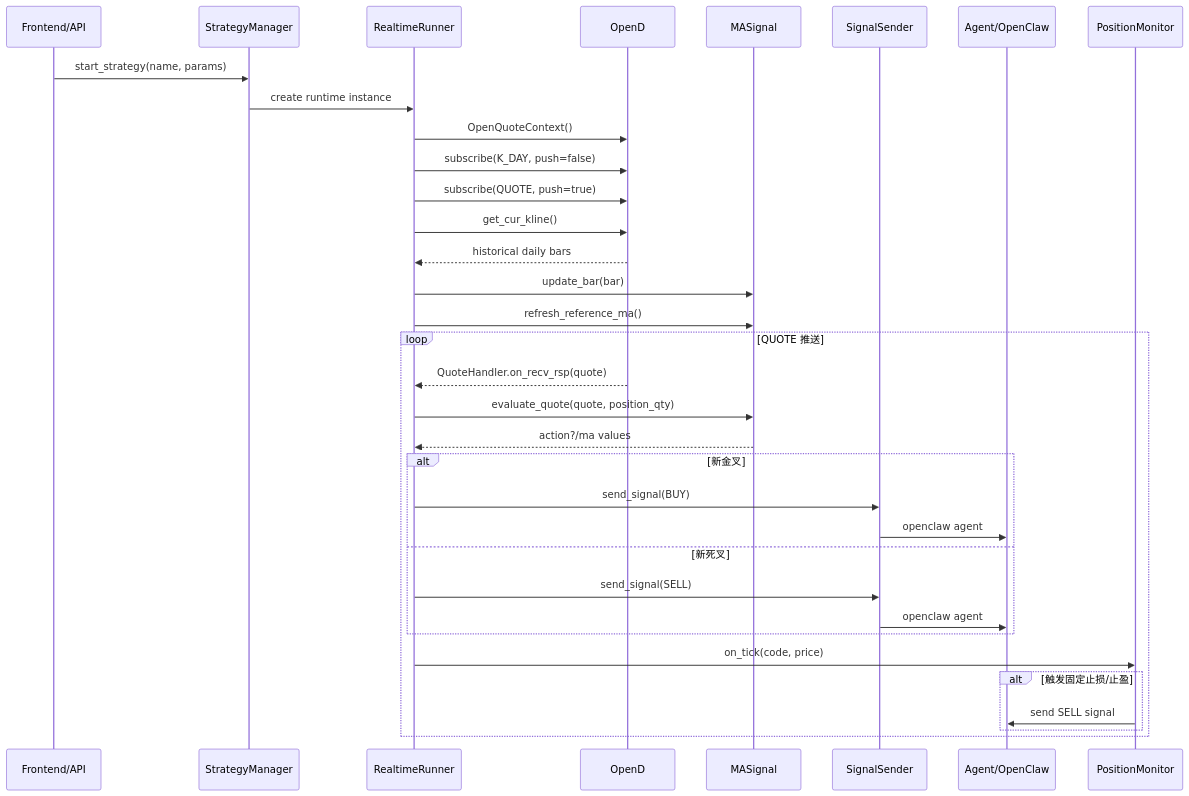
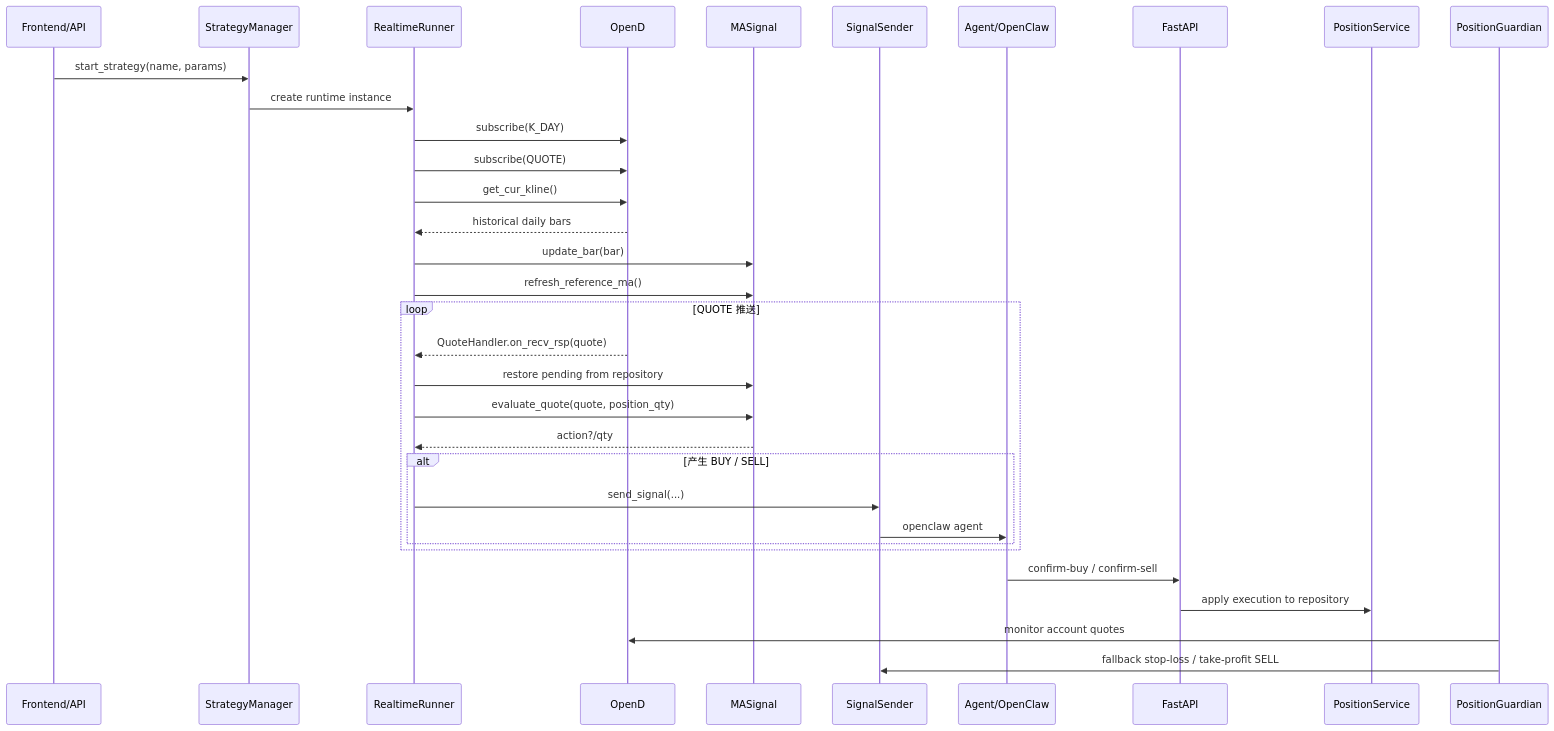
The third of 4 diagrams in docs/STRATEGY_ARCHITECTURE.md (JasperLai/quant-trading-system), drawn with Mermaid before and after one commit. The commit also changed other lines of this file and 10 other files, not shown here.

````diff
--- a/docs/STRATEGY_ARCHITECTURE.md
+++ b/docs/STRATEGY_ARCHITECTURE.md
@@ -415,38 +297,38 @@
 ```mermaid
 sequenceDiagram
     participant UI as Frontend/API
     participant SM as StrategyManager
     participant RT as RealtimeRunner
     participant OD as OpenD
     participant SG as MASignal
     participant SS as SignalSender
     participant AG as Agent/OpenClaw
-    participant PM as PositionMonitor
+    participant API as FastAPI
+    participant PS as PositionService
+    participant PG as PositionGuardian
 
     UI->>SM: start_strategy(name, params)
     SM->>RT: create runtime instance
-    RT->>OD: OpenQuoteContext()
-    RT->>OD: subscribe(K_DAY, push=false)
-    RT->>OD: subscribe(QUOTE, push=true)
+    RT->>OD: subscribe(K_DAY)
+    RT->>OD: subscribe(QUOTE)
     RT->>OD: get_cur_kline()
     OD-->>RT: historical daily bars
     RT->>SG: update_bar(bar)
     RT->>SG: refresh_reference_ma()
 
     loop QUOTE 推送
         OD-->>RT: QuoteHandler.on_recv_rsp(quote)
+        RT->>SG: restore pending from repository
         RT->>SG: evaluate_quote(quote, position_qty)
-        SG-->>RT: action?/ma values
-        alt 新金叉
-            RT->>SS: send_signal(BUY)
-            SS->>AG: openclaw agent
-        else 新死叉
-            RT->>SS: send_signal(SELL)
+        SG-->>RT: action?/qty
+        alt 产生 BUY / SELL
+            RT->>SS: send_signal(...)
             SS->>AG: openclaw agent
         end
-        RT->>PM: on_tick(code, price)
-        alt 触发固定止损/止盈
-            PM->>AG: send SELL signal
-        end
     end
+
+    AG->>API: confirm-buy / confirm-sell
+    API->>PS: apply execution to repository
+    PG->>OD: monitor account quotes
+    PG->>SS: fallback stop-loss / take-profit SELL
 ```
````
